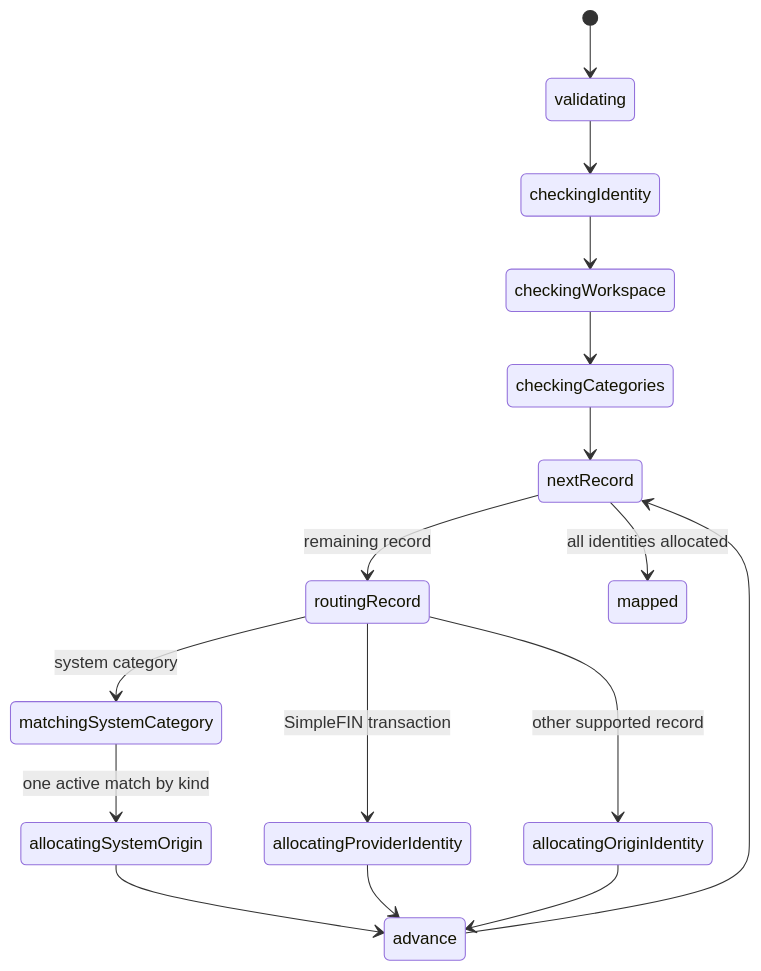
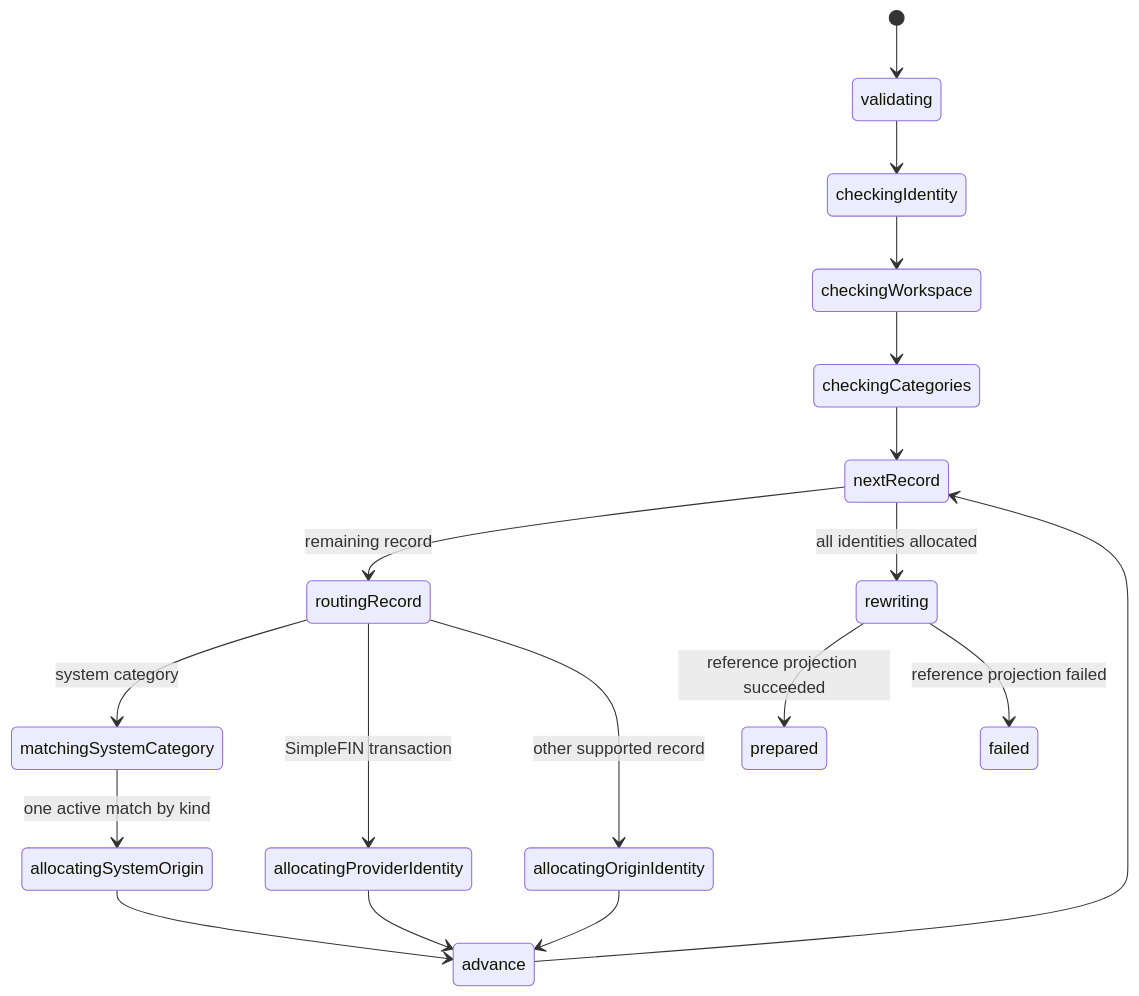
Before and after one commit to delightful-labs/delightful-finances: the second of 5 diagrams in specs/003-account-data-merge/data-model.md, drawn with Mermaid. The commit also changed other lines of this file and 13 other files, not shown here.

````diff
--- a/specs/003-account-data-merge/data-model.md
+++ b/specs/003-account-data-merge/data-model.md
@@ -215,18 +215,20 @@
 ```mermaid
 stateDiagram-v2
     [*] --> validating
     validating --> checkingIdentity
     checkingIdentity --> checkingWorkspace
     checkingWorkspace --> checkingCategories
     checkingCategories --> nextRecord
     nextRecord --> routingRecord: remaining record
     routingRecord --> matchingSystemCategory: system category
     matchingSystemCategory --> allocatingSystemOrigin: one active match by kind
     routingRecord --> allocatingProviderIdentity: SimpleFIN transaction
     routingRecord --> allocatingOriginIdentity: other supported record
     allocatingSystemOrigin --> advance
     allocatingProviderIdentity --> advance
     allocatingOriginIdentity --> advance
     advance --> nextRecord
-    nextRecord --> mapped: all identities allocated
+    nextRecord --> rewriting: all identities allocated
+    rewriting --> prepared: reference projection succeeded
+    rewriting --> failed: reference projection failed
 ```
````
